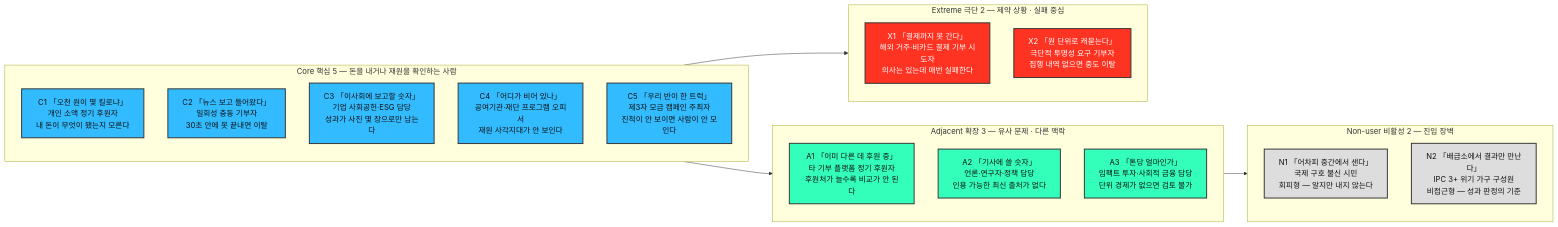
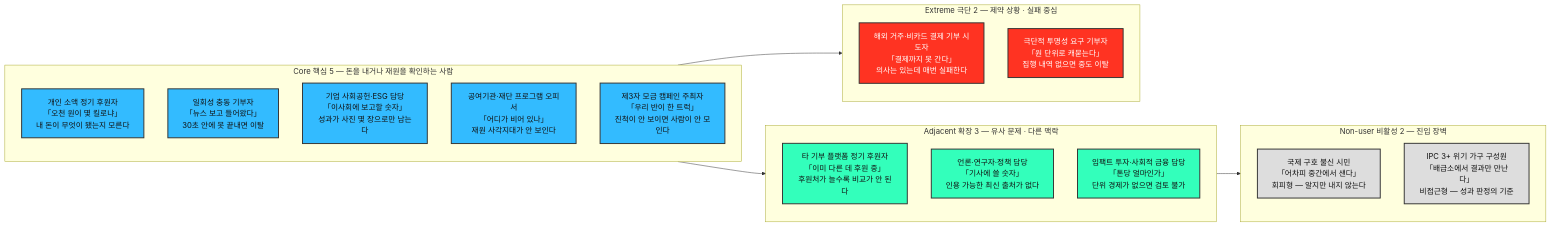
One commit to wild-mental/business-research-practice-2026-sesac changed the second of 3 diagrams in 05-persona-journey/분석-03-식량-재분배-플랫폼-페르소나-스펙트럼.md. Above: the diagram before and after it, drawn with Mermaid. The commit also changed other lines of this file and 1 other file, not shown here.

````diff
--- a/05-persona-journey/분석-03-식량-재분배-플랫폼-페르소나-스펙트럼.md
+++ b/05-persona-journey/분석-03-식량-재분배-플랫폼-페르소나-스펙트럼.md
@@ -102,42 +106,42 @@
 ```mermaid
 graph LR
 %% subgraph 안에 direction 을 넣지 말 것.
 %% 내부 노드끼리 연결선이 없어 모두 같은 rank 이므로, 진행 방향의 직각으로 배치된다.
 %% 부모의 LR 을 물려받아야 세로로 쌓이고, TB 를 주면 가로로 퍼진다.
     subgraph CORE["Core 핵심 5 — 돈을 내거나 재원을 확인하는 사람"]
-        C1["C1 「오천 원이 몇 킬로냐」<br>개인 소액 정기 후원자<br>내 돈이 무엇이 됐는지 모른다"]
-        C2["C2 「뉴스 보고 들어왔다」<br>일회성 충동 기부자<br>30초 안에 못 끝내면 이탈"]
-        C3["C3 「이사회에 보고할 숫자」<br>기업 사회공헌·ESG 담당<br>성과가 사진 몇 장으로만 남는다"]
-        C4["C4 「어디가 비어 있나」<br>공여기관·재단 프로그램 오피서<br>재원 사각지대가 안 보인다"]
-        C5["C5 「우리 반이 한 트럭」<br>제3자 모금 캠페인 주최자<br>진척이 안 보이면 사람이 안 모인다"]
+        SMALL["개인 소액 정기 후원자<br>「오천 원이 몇 킬로냐」<br>내 돈이 무엇이 됐는지 모른다"]
+        IMPULSE["일회성 충동 기부자<br>「뉴스 보고 들어왔다」<br>30초 안에 못 끝내면 이탈"]
+        CSR["기업 사회공헌·ESG 담당<br>「이사회에 보고할 숫자」<br>성과가 사진 몇 장으로만 남는다"]
+        FUNDER["공여기관·재단 프로그램 오피서<br>「어디가 비어 있나」<br>재원 사각지대가 안 보인다"]
+        HOST["제3자 모금 캠페인 주최자<br>「우리 반이 한 트럭」<br>진척이 안 보이면 사람이 안 모인다"]
     end
 
     subgraph ADJ["Adjacent 확장 3 — 유사 문제 · 다른 맥락"]
-        A1["A1 「이미 다른 데 후원 중」<br>타 기부 플랫폼 정기 후원자<br>후원처가 늘수록 비교가 안 된다"]
-        A2["A2 「기사에 쓸 숫자」<br>언론·연구자·정책 담당<br>인용 가능한 최신 출처가 없다"]
-        A3["A3 「톤당 얼마인가」<br>임팩트 투자·사회적 금융 담당<br>단위 경제가 없으면 검토 불가"]
+        OTHERDONOR["타 기부 플랫폼 정기 후원자<br>「이미 다른 데 후원 중」<br>후원처가 늘수록 비교가 안 된다"]
+        PRESS["언론·연구자·정책 담당<br>「기사에 쓸 숫자」<br>인용 가능한 최신 출처가 없다"]
+        IMPACT["임팩트 투자·사회적 금융 담당<br>「톤당 얼마인가」<br>단위 경제가 없으면 검토 불가"]
     end
 
     subgraph EXT["Extreme 극단 2 — 제약 상황 · 실패 중심"]
-        X1["X1 「결제까지 못 간다」<br>해외 거주·비카드 결제 기부 시도자<br>의사는 있는데 매번 실패한다"]
-        X2["X2 「원 단위로 캐묻는다」<br>극단적 투명성 요구 기부자<br>집행 내역 없으면 중도 이탈"]
+        BLOCKED["해외 거주·비카드 결제 기부 시도자<br>「결제까지 못 간다」<br>의사는 있는데 매번 실패한다"]
+        AUDITOR["극단적 투명성 요구 기부자<br>「원 단위로 캐묻는다」<br>집행 내역 없으면 중도 이탈"]
     end
 
     subgraph NON["Non-user 비활성 2 — 진입 장벽"]
-        N1["N1 「어차피 중간에서 샌다」<br>국제 구호 불신 시민<br>회피형 — 알지만 내지 않는다"]
-        N2["N2 「배급소에서 결과만 만난다」<br>IPC 3+ 위기 가구 구성원<br>비접근형 — 성과 판정의 기준"]
+        CYNIC["국제 구호 불신 시민<br>「어차피 중간에서 샌다」<br>회피형 — 알지만 내지 않는다"]
+        HOUSEHOLD["IPC 3+ 위기 가구 구성원<br>「배급소에서 결과만 만난다」<br>비접근형 — 성과 판정의 기준"]
     end
 
     CORE --> ADJ
     CORE --> EXT
     ADJ --> NON
 
     classDef core fill:#33BBFF,stroke:#333,stroke-width:2px,color:#111;
     classDef adj fill:#33FFBB,stroke:#333,stroke-width:2px,color:#111;
     classDef ext fill:#FF3322,stroke:#333,stroke-width:2px,color:#fff;
     classDef non fill:#DDDDDD,stroke:#333,stroke-width:2px,color:#111;
-    class C1,C2,C3,C4,C5 core;
-    class A1,A2,A3 adj;
-    class X1,X2 ext;
-    class N1,N2 non;
+    class SMALL,IMPULSE,CSR,FUNDER,HOST core;
+    class OTHERDONOR,PRESS,IMPACT adj;
+    class BLOCKED,AUDITOR ext;
+    class CYNIC,HOUSEHOLD non;
 ```
````
